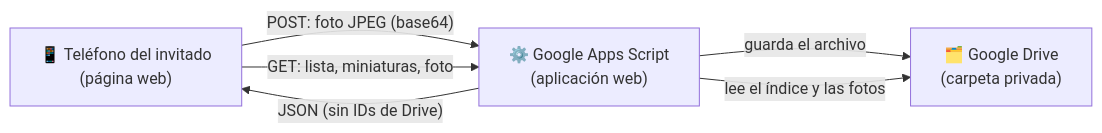
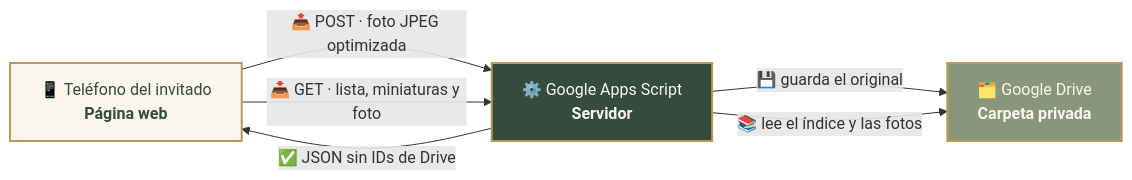
One commit to AlanLeiva30/Fotos-para-bodas- changed the diagram in README.md. Above: the diagram before and after it, drawn with Mermaid. The commit also changed other lines of this file, not shown here.

````diff
--- a/README.md
+++ b/README.md
@@ -68,8 +115,19 @@
 ```mermaid
 flowchart LR
-    A["📱 Teléfono del invitado<br/>(página web)"] -- "POST: foto JPEG (base64)" --> B["⚙️ Google Apps Script<br/>(aplicación web)"]
-    B -- "guarda el archivo" --> C["🗂️ Google Drive<br/>(carpeta privada)"]
-    A -- "GET: lista, miniaturas, foto" --> B
-    B -- "lee el índice y las fotos" --> C
-    B -- "JSON (sin IDs de Drive)" --> A
+    A["📱 Teléfono del invitado<br/><b>Página web</b>"]
+    B["⚙️ Google Apps Script<br/><b>Servidor</b>"]
+    C["🗂️ Google Drive<br/><b>Carpeta privada</b>"]
+
+    A -- "📤 POST · foto JPEG optimizada" --> B
+    B -- "💾 guarda el original" --> C
+    A -- "📥 GET · lista, miniaturas y foto" --> B
+    B -- "📚 lee el índice y las fotos" --> C
+    B -- "✅ JSON sin IDs de Drive" --> A
+
+    classDef web fill:#FAF6EE,stroke:#B99A5B,stroke-width:2px,color:#344C3D;
+    classDef servidor fill:#344C3D,stroke:#B99A5B,stroke-width:2px,color:#FAF6EE;
+    classDef drive fill:#89967B,stroke:#B99A5B,stroke-width:2px,color:#FAF6EE;
+    class A web;
+    class B servidor;
+    class C drive;
 ```
````
